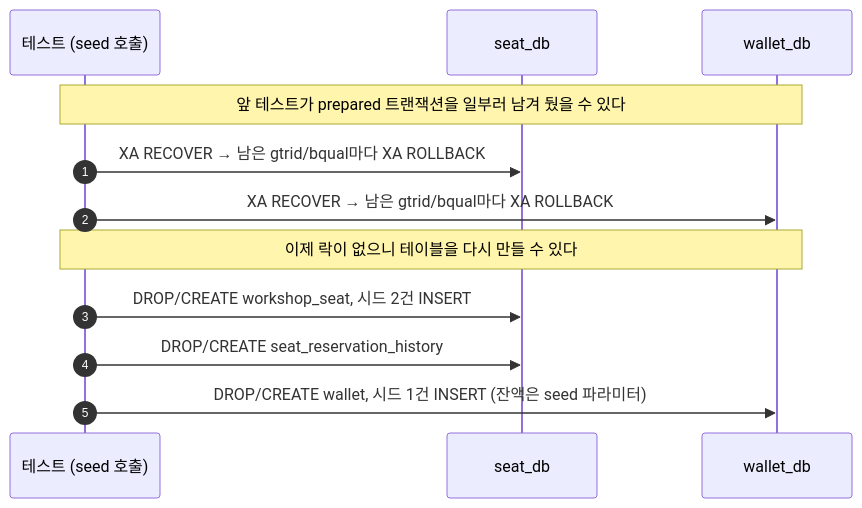
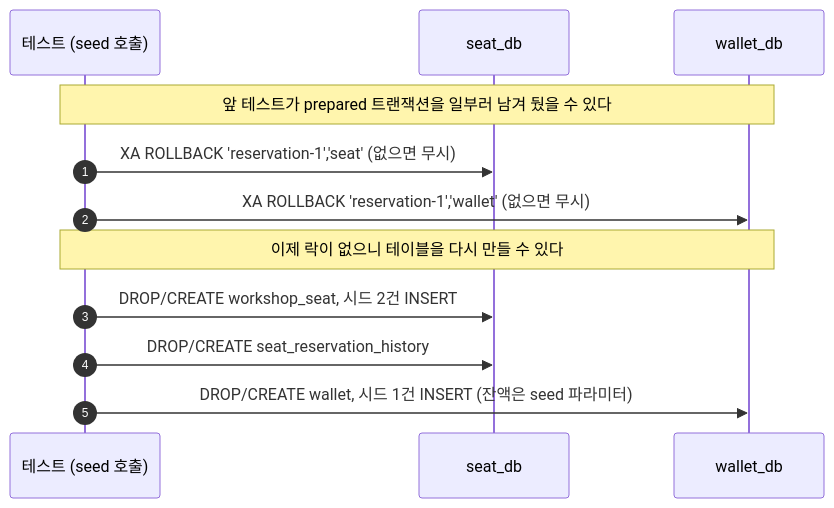
The second of 5 diagrams in labs/distributed-transaction-2pc/README.md (HJC96/deep-dive), drawn with Mermaid before and after one commit. The commit also changed 3 other files, not shown here.

````diff
--- a/labs/distributed-transaction-2pc/README.md
+++ b/labs/distributed-transaction-2pc/README.md
@@ -33,15 +33,15 @@
 ```mermaid
 sequenceDiagram
     autonumber
     participant T as 테스트 (seed 호출)
     participant S as seat_db
     participant W as wallet_db
 
     Note over T,W: 앞 테스트가 prepared 트랜잭션을 일부러 남겨 뒀을 수 있다
-    T->>S: XA RECOVER → 남은 gtrid/bqual마다 XA ROLLBACK
-    T->>W: XA RECOVER → 남은 gtrid/bqual마다 XA ROLLBACK
+    T->>S: XA ROLLBACK 'reservation-1','seat' (없으면 무시)
+    T->>W: XA ROLLBACK 'reservation-1','wallet' (없으면 무시)
     Note over T,W: 이제 락이 없으니 테이블을 다시 만들 수 있다
     T->>S: DROP/CREATE workshop_seat, 시드 2건 INSERT
     T->>S: DROP/CREATE seat_reservation_history
     T->>W: DROP/CREATE wallet, 시드 1건 INSERT (잔액은 seed 파라미터)
 ```
````
